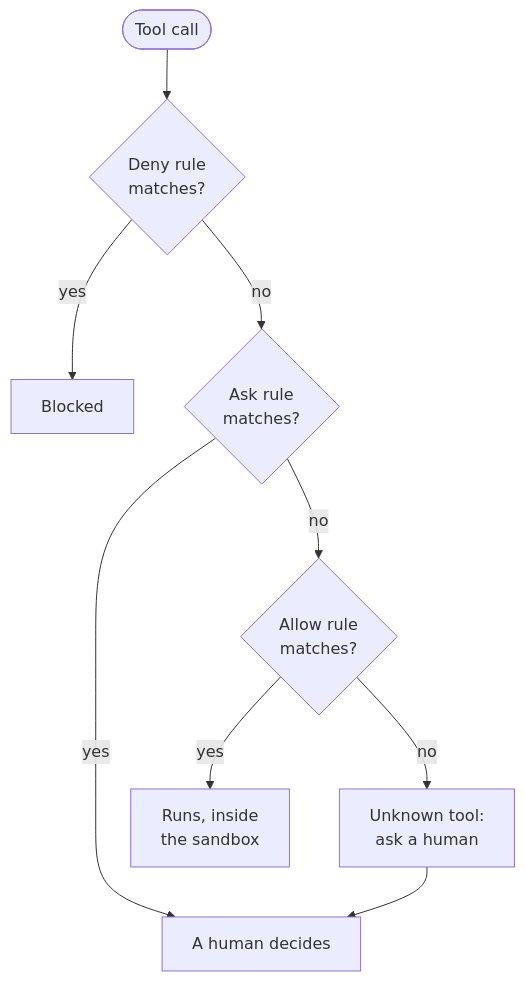
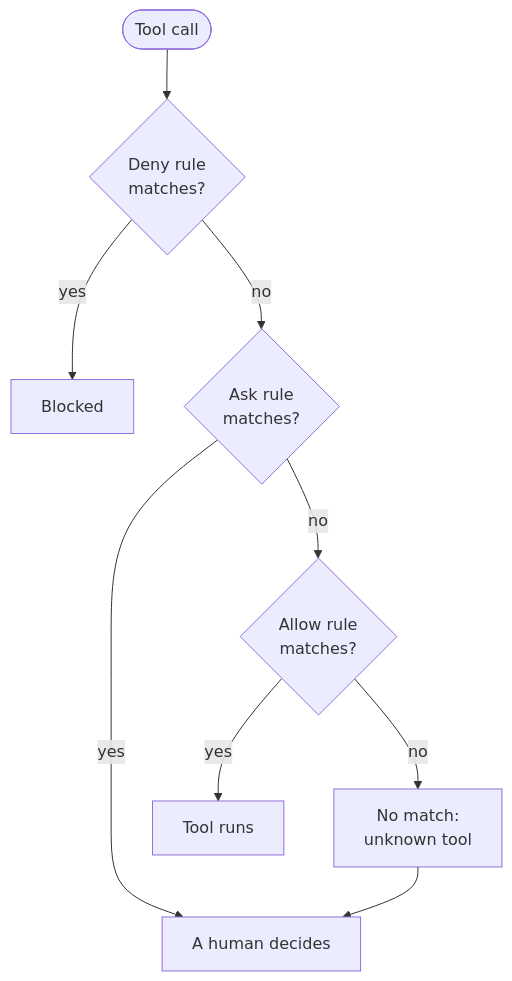
The diagram in diagrams/src/permission-check-order.mmd (joshxinjie/agentic-harness-notes), drawn with Mermaid before and after one commit. The commit also changed 26 other files, not shown here.

```diff
--- a/diagrams/src/permission-check-order.mmd
+++ b/diagrams/src/permission-check-order.mmd
@@ -1,9 +1,9 @@
 flowchart TD
     C(["Tool call"]) --> D{"Deny rule<br>matches?"}
     D -->|"yes"| B["Blocked"]
     D -->|"no"| A{"Ask rule<br>matches?"}
     A -->|"yes"| H["A human decides"]
     A -->|"no"| L{"Allow rule<br>matches?"}
-    L -->|"yes"| R["Runs, inside<br>the sandbox"]
-    L -->|"no"| U["Unknown tool:<br>ask a human"]
+    L -->|"yes"| R["Tool runs"]
+    L -->|"no"| U["No match:<br>unknown tool"]
     U --> H
```
